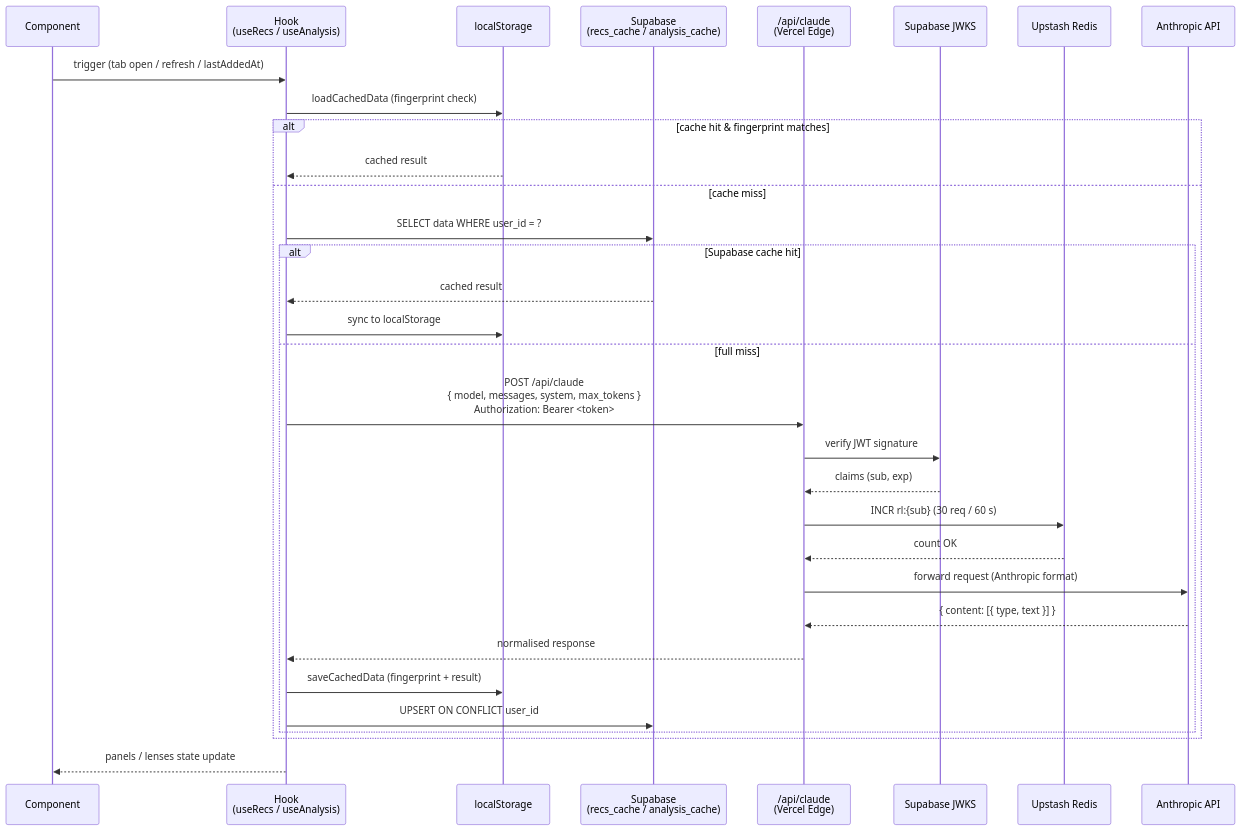
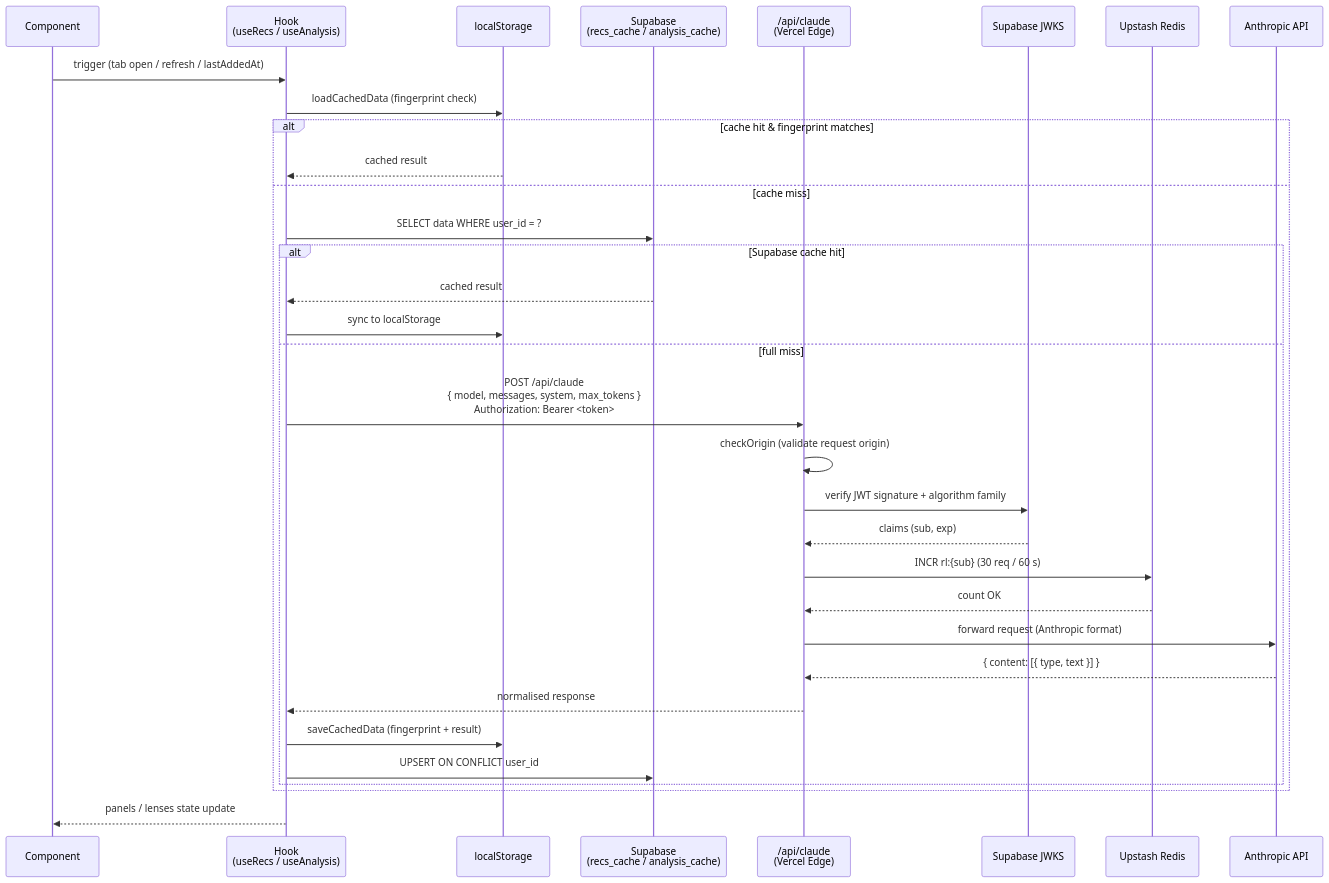
One commit to viswasnair/nairrative changed the second of 2 diagrams in ARCHITECTURE.md. Above: the diagram before and after it, drawn with Mermaid. The commit also changed other lines of this file and 1 other file, not shown here.

Commit message:
docs: auto-update architecture diagrams

````diff
--- a/ARCHITECTURE.md
+++ b/ARCHITECTURE.md
@@ -155,35 +171,36 @@
 ```mermaid
 sequenceDiagram
     participant C as Component
     participant H as Hook<br/>(useRecs / useAnalysis)
     participant LS as localStorage
     participant SB as Supabase<br/>(recs_cache / analysis_cache)
     participant Edge as /api/claude<br/>(Vercel Edge)
     participant JWKS as Supabase JWKS
     participant Redis as Upstash Redis
     participant AI as Anthropic API
 
     C->>H: trigger (tab open / refresh / lastAddedAt)
     H->>LS: loadCachedData (fingerprint check)
     alt cache hit & fingerprint matches
         LS-->>H: cached result
     else cache miss
         H->>SB: SELECT data WHERE user_id = ?
         alt Supabase cache hit
             SB-->>H: cached result
             H->>LS: sync to localStorage
         else full miss
             H->>Edge: POST /api/claude<br/>{ model, messages, system, max_tokens }<br/>Authorization: Bearer <token>
-            Edge->>JWKS: verify JWT signature
+            Edge->>Edge: checkOrigin (validate request origin)
+            Edge->>JWKS: verify JWT signature + algorithm family
             JWKS-->>Edge: claims (sub, exp)
             Edge->>Redis: INCR rl:{sub} (30 req / 60 s)
             Redis-->>Edge: count OK
             Edge->>AI: forward request (Anthropic format)
             AI-->>Edge: { content: [{ type, text }] }
             Edge-->>H: normalised response
             H->>LS: saveCachedData (fingerprint + result)
             H->>SB: UPSERT ON CONFLICT user_id
         end
     end
     H-->>C: panels / lenses state update
 ```
````
